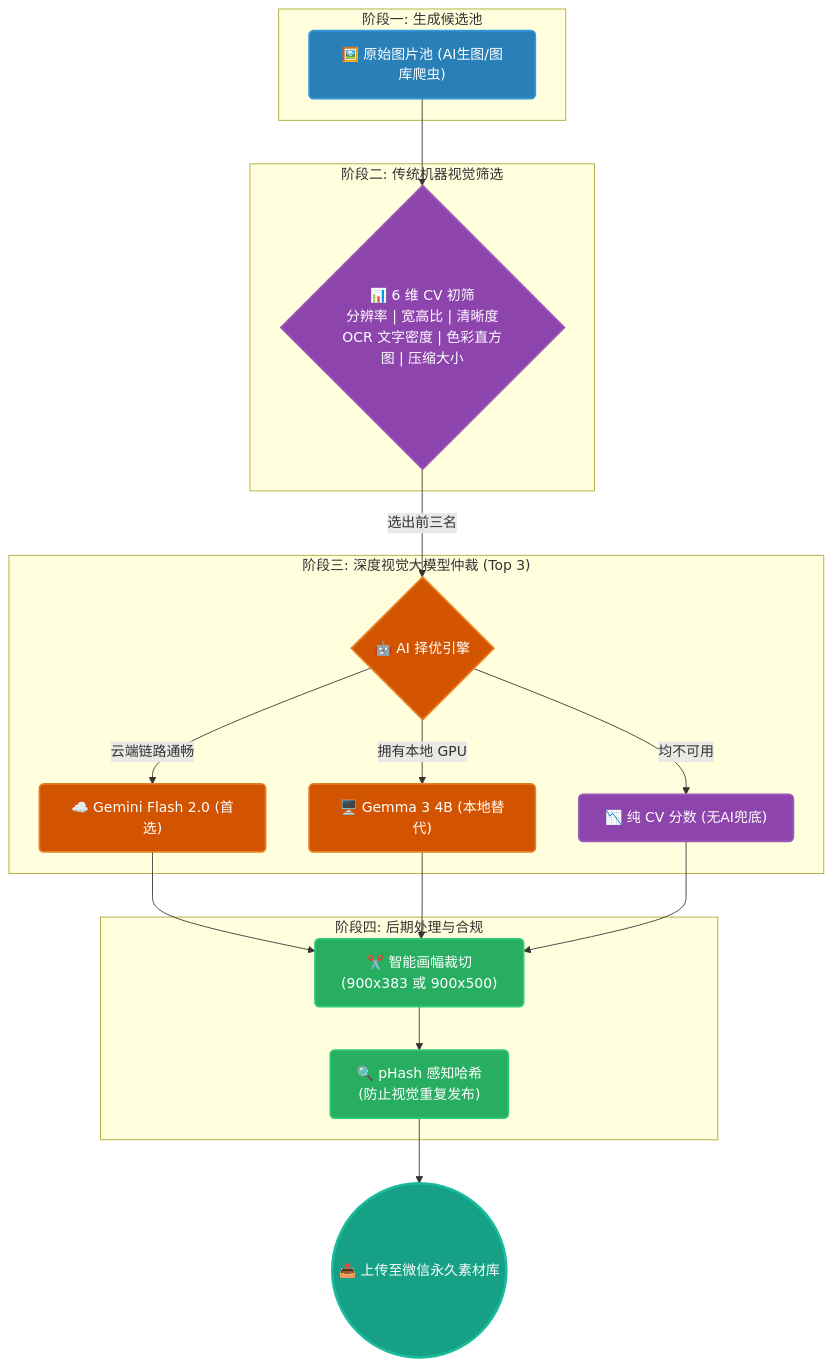
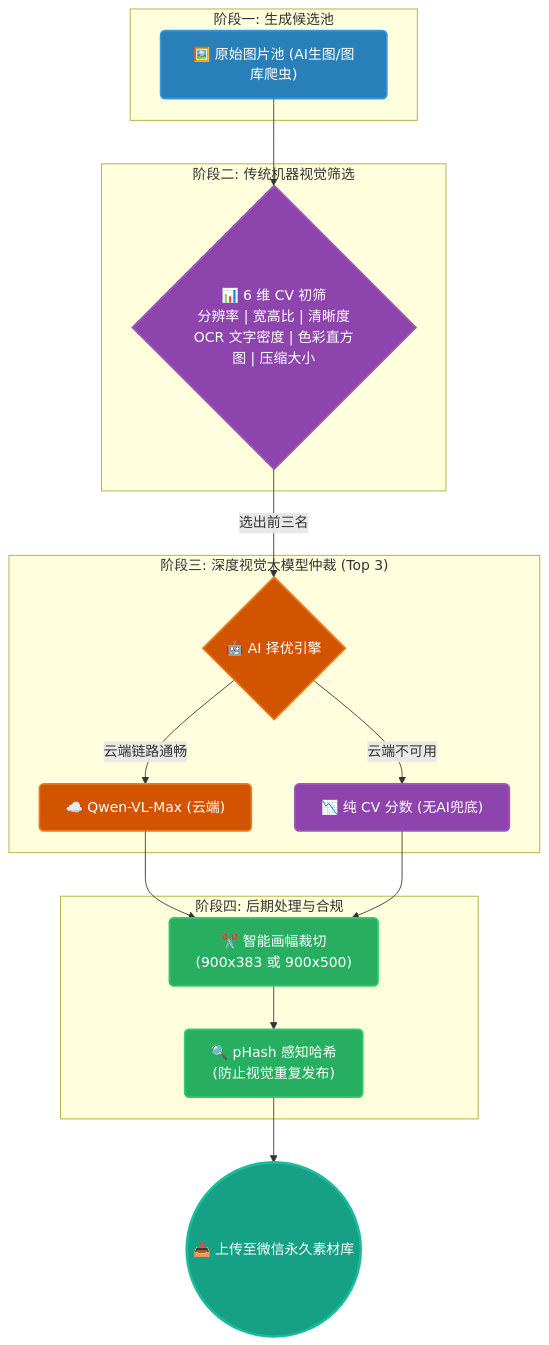
Before and after one commit to Chain813/wechat-automatic-publisher: the second of 2 diagrams in README.md, drawn with Mermaid. The commit also changed other lines of this file and 30 other files, not shown here.

````diff
--- a/README.md
+++ b/README.md
@@ -408,43 +417,40 @@
 ```mermaid
 graph TD
     classDef pool fill:#2980B9,stroke:#3498DB,stroke-width:2px,color:#fff,rx:5px
     classDef scoring fill:#8E44AD,stroke:#9B59B6,stroke-width:2px,color:#fff,rx:5px
     classDef ai fill:#D35400,stroke:#E67E22,stroke-width:2px,color:#fff,rx:5px
     classDef process fill:#27AE60,stroke:#2ECC71,stroke-width:2px,color:#fff,rx:5px
     classDef final fill:#16A085,stroke:#1ABC9C,stroke-width:3px,color:#fff,rx:15px
 
     subgraph Phase1 ["阶段一: 生成候选池"]
         A["🖼️ 原始图片池 (AI生图/图库爬虫)"]:::pool
     end
 
     subgraph Phase2 ["阶段二: 传统机器视觉筛选"]
         B{"📊 6 维 CV 初筛\n分辨率 | 宽高比 | 清晰度\nOCR 文字密度 | 色彩直方图 | 压缩大小"}:::scoring
     end
 
     subgraph Phase3 ["阶段三: 深度视觉大模型仲裁 (Top 3)"]
         C{"🤖 AI 择优引擎"}:::ai
-        D["☁️ Gemini Flash 2.0 (首选)"]:::ai
-        E["🖥️ Gemma 3 4B (本地替代)"]:::ai
+        D["☁️ Qwen-VL-Max (云端)"]:::ai
         F["📉 纯 CV 分数 (无AI兜底)"]:::scoring
     end
 
     subgraph Phase4 ["阶段四: 后期处理与合规"]
         G["✂️ 智能画幅裁切\n(900x383 或 900x500)"]:::process
         H["🔍 pHash 感知哈希\n(防止视觉重复发布)"]:::process
     end
 
     I(("📤 上传至微信永久素材库")):::final
 
     A --> B
     B -->|选出前三名| C
     C -->|云端链路通畅| D
-    C -->|拥有本地 GPU| E
-    C -->|均不可用| F
+    C -->|云端不可用| F
     
     D --> G
-    E --> G
     F --> G
     
     G --> H
     H --> I
 ```
````
